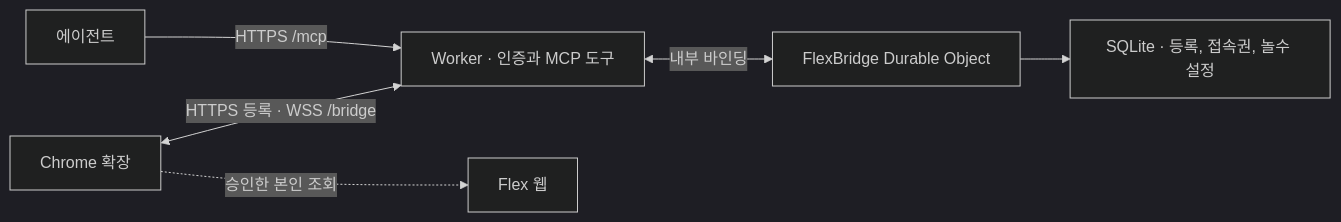
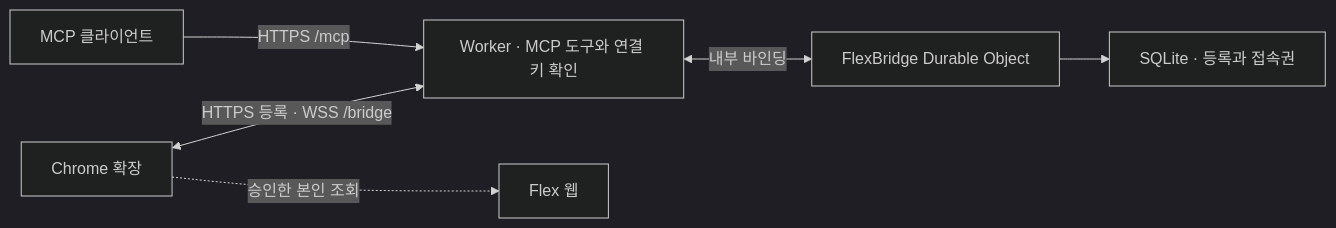
The diagram in docs/mcp/cloudflare-workers.md (freevue/flex-mcp), drawn with Mermaid (dark theme) before and after one commit. The commit also changed other lines of this file and 84 other files, not shown here.

````diff
--- a/docs/mcp/cloudflare-workers.md
+++ b/docs/mcp/cloudflare-workers.md
@@ -13,8 +13,8 @@
 ```mermaid
 flowchart LR
-    Agent["에이전트"] -->|"HTTPS /mcp"| Worker["Worker · 인증과 MCP 도구"]
+    Client["MCP 클라이언트"] -->|"HTTPS /mcp"| Worker["Worker · MCP 도구와 연결 키 확인"]
     Chrome["Chrome 확장"] <-->|"HTTPS 등록 · WSS /bridge"| Worker
     Worker <-->|"내부 바인딩"| Bridge["FlexBridge Durable Object"]
-    Bridge --> State["SQLite · 등록, 접속권, 놀수 설정"]
+    Bridge --> State["SQLite · 등록과 접속권"]
     Chrome -.->|"승인한 본인 조회"| Flex["Flex 웹"]
 ```
````
